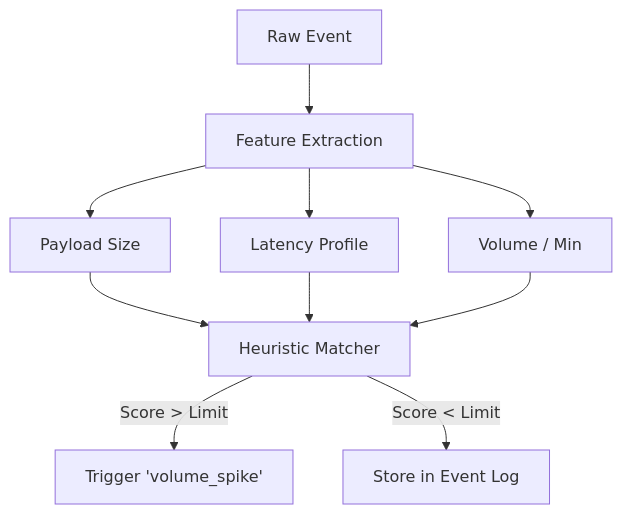
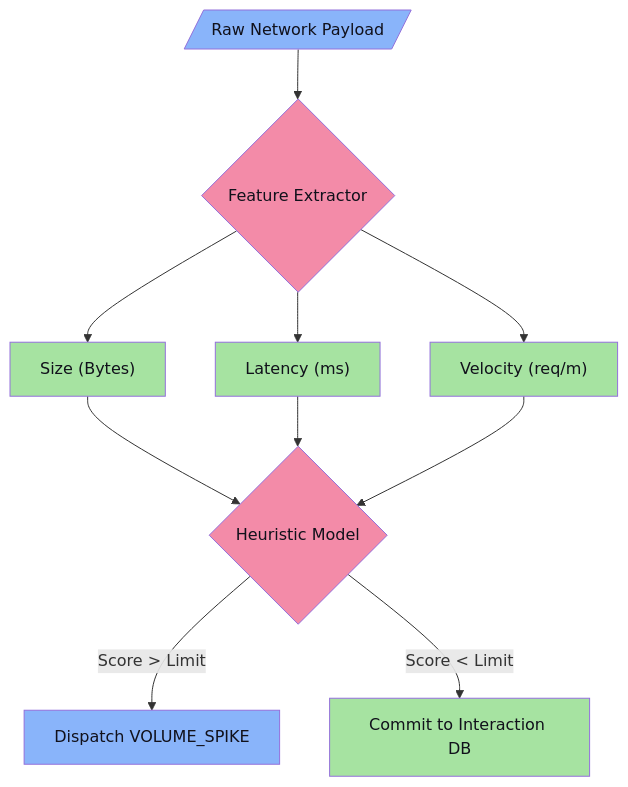
Diagram 12 of 30 in README.md (MrDecryptDecipher/Agent-Trust), drawn with Mermaid before and after one commit. The commit also changed other lines of this file, not shown here.

Commit message:
Fix rendering format for 30 Mermaid diagrams to strictly use basic edge and block formatting for complete compatiblity

````diff
--- a/README.md
+++ b/README.md
@@ -184,12 +258,18 @@
 ```mermaid
 graph TD
-    Traffic["Raw Event"] --> Ext["Feature Extraction"]
-    Ext --> P["Payload Size"]
-    Ext --> L["Latency Profile"]
-    Ext --> V["Volume / Min"]
-    P --> ML["Heuristic Matcher"]
+    classDef data fill:#89b4fa,color:#11111b;
+    classDef ml fill:#f38ba8,color:#11111b;
+    classDef sys fill:#a6e3a1,color:#11111b;
+
+    Traffic[/"Raw Network Payload"/]:::data --> Ext{"Feature Extractor"}:::ml
+    Ext --> P["Size (Bytes)"]:::sys
+    Ext --> L["Latency (ms)"]:::sys
+    Ext --> V["Velocity (req/m)"]:::sys
+    
+    P --> ML{"Heuristic Model"}:::ml
     L --> ML
     V --> ML
-    ML -->|"Score > Limit"| Alert["Trigger 'volume_spike'"]
-    ML -->|"Score < Limit"| Pass["Store in Event Log"]
+    
+    ML -- "Score > Limit" --> Alert["Dispatch VOLUME_SPIKE"]:::data
+    ML -- "Score < Limit" --> Pass["Commit to Interaction DB"]:::sys
 ```
````
